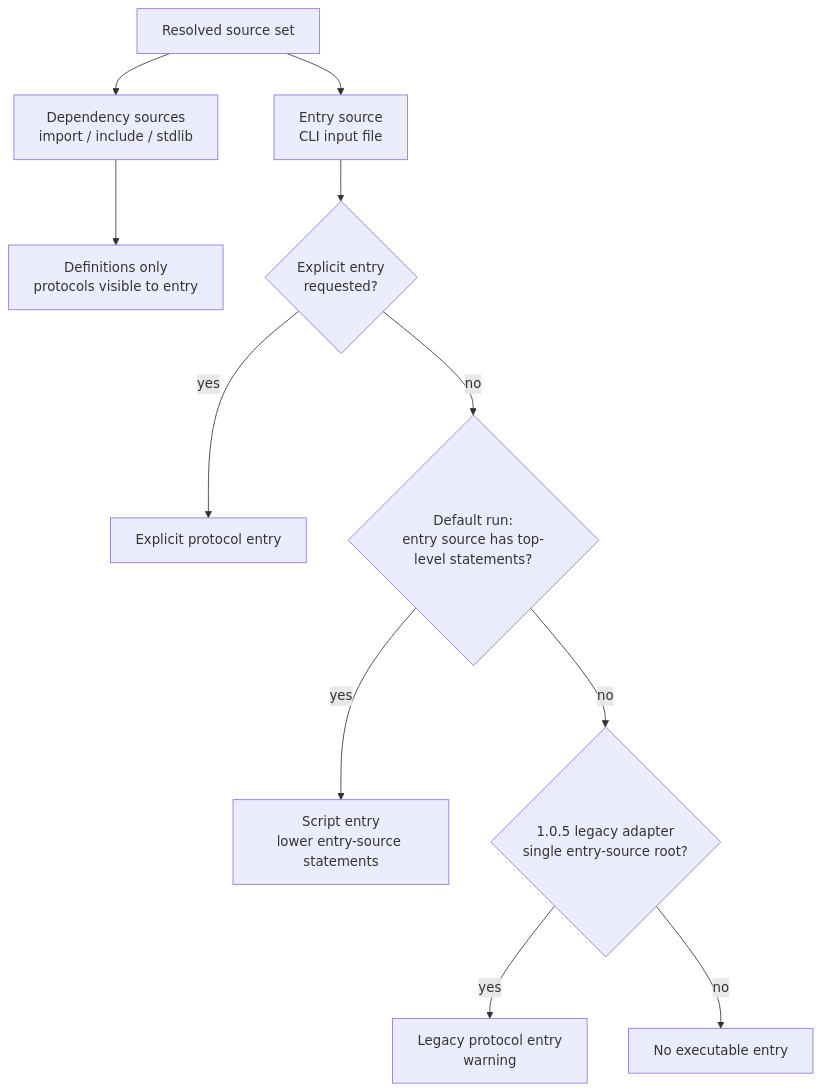
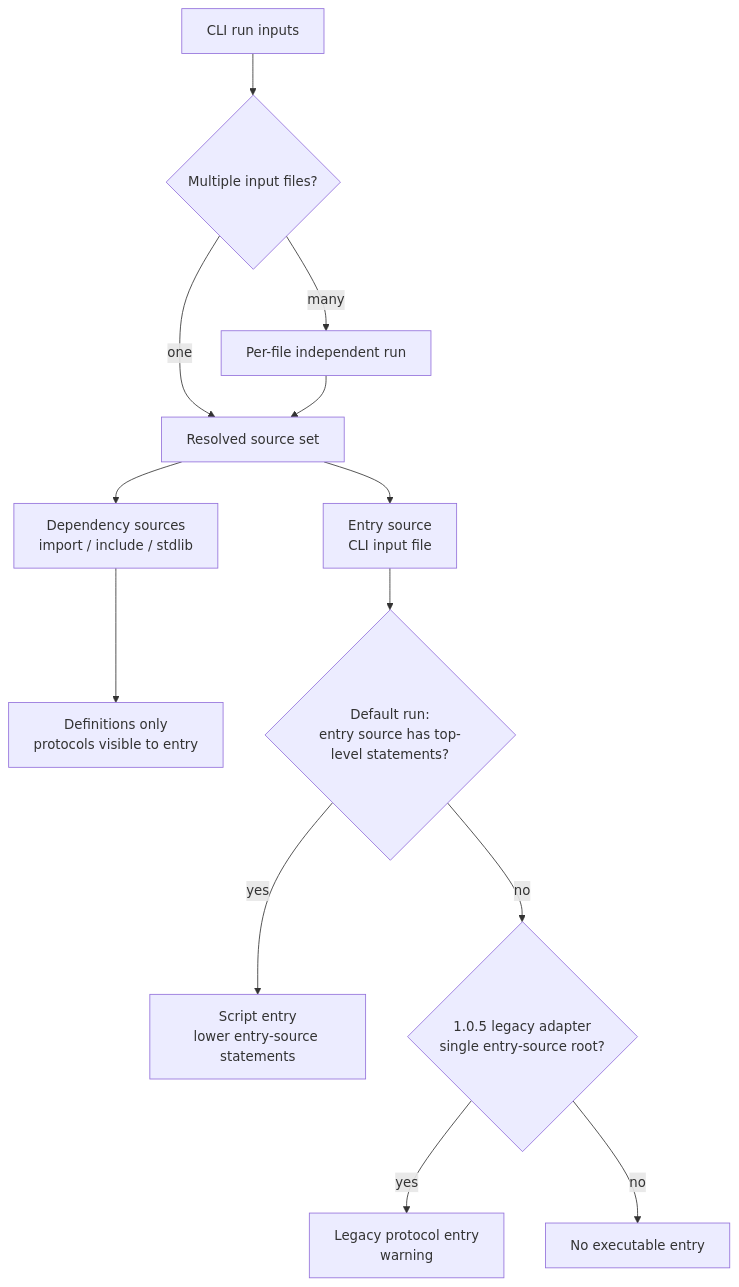
Before and after one commit to culsma/culsma: the first of 3 diagrams in docs/architecture/pipeline/pipeline_module_diagrams.md, drawn with Mermaid. The commit also changed other lines of this file and 15 other files, not shown here.

Commit message:
fix: separate cli batch runs from entry resolution

````diff
--- a/docs/architecture/pipeline/pipeline_module_diagrams.md
+++ b/docs/architecture/pipeline/pipeline_module_diagrams.md
@@ -26,25 +26,28 @@
 ```mermaid
 flowchart TB
+    CliInputs["CLI run inputs"]
+    Batch{"Multiple input files?"}
+    PerFile["Per-file independent run"]
     Sources["Resolved source set"]
     EntrySource["Entry source<br/>CLI input file"]
     DependencySource["Dependency sources<br/>import / include / stdlib"]
     DefinitionsOnly["Definitions only<br/>protocols visible to entry"]
-    Explicit{"Explicit entry<br/>requested?"}
-    ExplicitEntry["Explicit protocol entry"]
     HasScript{"Default run:<br/>entry source has top-level statements?"}
     ScriptEntry["Script entry<br/>lower entry-source statements"]
     Compat{"1.0.5 legacy adapter<br/>single entry-source root?"}
     LegacyEntry["Legacy protocol entry<br/>warning"]
     NoRun["No executable entry"]
 
+    CliInputs --> Batch
+    Batch -->|one| Sources
+    Batch -->|many| PerFile
+    PerFile --> Sources
     Sources --> EntrySource
     Sources --> DependencySource
     DependencySource --> DefinitionsOnly
-    EntrySource --> Explicit
-    Explicit -->|yes| ExplicitEntry
-    Explicit -->|no| HasScript
+    EntrySource --> HasScript
     HasScript -->|yes| ScriptEntry
     HasScript -->|no| Compat
     Compat -->|yes| LegacyEntry
     Compat -->|no| NoRun
 ```
````
